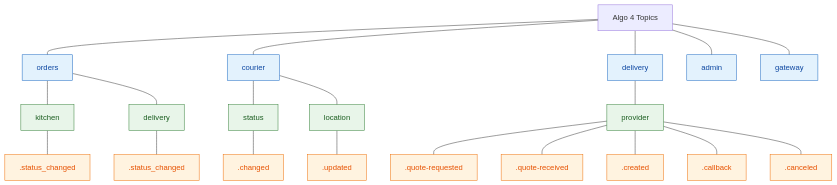
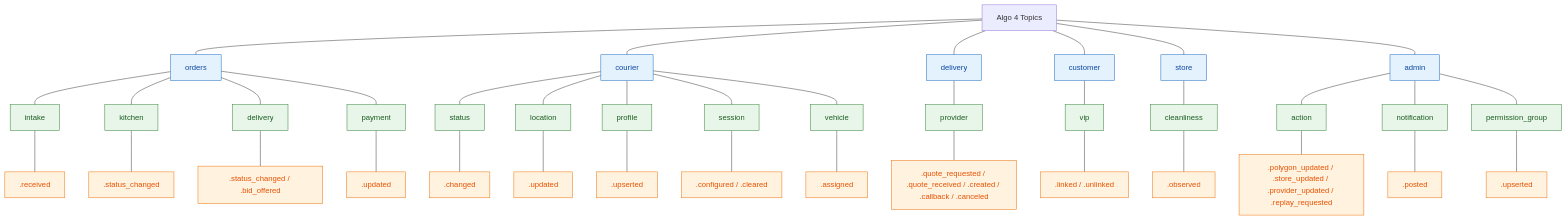
The first of 2 diagrams in docs/event-taxonomy.md (Avielpo3/algo-4), drawn with Mermaid before and after one commit. The commit also changed other lines of this file and 16 other files, not shown here.

First line of the commit message:
docs: restructure outbound cloud gateway around DaaS/Proxy event families

````diff
--- a/docs/event-taxonomy.md
+++ b/docs/event-taxonomy.md
@@ -34,46 +34,77 @@
 ```mermaid
 graph TD
   root["Algo 4 Topics"]
 
   orders["orders"]
   courier["courier"]
   delivery["delivery"]
+  customer["customer"]
+  store["store"]
   admin["admin"]
-  gateway["gateway"]
 
+  intake["intake"]
   kitchen["kitchen"]
   ordersDel["delivery"]
+  payment["payment"]
   courierStatus["status"]
   courierLoc["location"]
+  courierProfile["profile"]
+  courierSession["session"]
+  courierVehicle["vehicle"]
   provider["provider"]
+  custVip["vip"]
+  storeClean["cleanliness"]
+  adminAction["action"]
+  adminNotif["notification"]
+  adminPerm["permission_group"]
 
   root --- orders
   root --- courier
   root --- delivery
+  root --- customer
+  root --- store
   root --- admin
-  root --- gateway
 
+  orders --- intake
   orders --- kitchen
   orders --- ordersDel
+  orders --- payment
+
   courier --- courierStatus
   courier --- courierLoc
+  courier --- courierProfile
+  courier --- courierSession
+  courier --- courierVehicle
+
   delivery --- provider
+  customer --- custVip
+  store --- storeClean
 
+  admin --- adminAction
+  admin --- adminNotif
+  admin --- adminPerm
+
+  intake --- i1[".received"]
   kitchen --- k1[".status_changed"]
-  ordersDel --- d1[".status_changed"]
+  ordersDel --- d1[".status_changed / .bid_offered"]
+  payment --- pay1[".updated"]
   courierStatus --- cs1[".changed"]
   courierLoc --- cl1[".updated"]
-  provider --- p1[".quote-requested"]
-  provider --- p2[".quote-received"]
-  provider --- p3[".created"]
-  provider --- p4[".callback"]
-  provider --- p5[".canceled"]
+  courierProfile --- cp1[".upserted"]
+  courierSession --- cse1[".configured / .cleared"]
+  courierVehicle --- cv1[".assigned"]
+  provider --- p1[".quote_requested / .quote_received / .created / .callback / .canceled"]
+  custVip --- v1[".linked / .unlinked"]
+  storeClean --- sc1[".observed"]
+  adminAction --- a1[".polygon_updated / .store_updated / .provider_updated / .replay_requested"]
+  adminNotif --- an1[".posted"]
+  adminPerm --- ap1[".upserted"]
 
   classDef domain fill:#E3F2FD,stroke:#1565C0,color:#0D47A1
   classDef lifecycle fill:#E8F5E9,stroke:#2E7D32,color:#1B5E20
   classDef event fill:#FFF3E0,stroke:#EF6C00,color:#E65100
 
-  class orders,courier,delivery,admin,gateway domain
-  class kitchen,ordersDel,courierStatus,courierLoc,provider lifecycle
-  class k1,d1,cs1,cl1,p1,p2,p3,p4,p5 event
+  class orders,courier,delivery,customer,store,admin domain
+  class intake,kitchen,ordersDel,payment,courierStatus,courierLoc,courierProfile,courierSession,courierVehicle,provider,custVip,storeClean,adminAction,adminNotif,adminPerm lifecycle
+  class i1,k1,d1,pay1,cs1,cl1,cp1,cse1,cv1,p1,v1,sc1,a1,an1,ap1 event
 ```
````
